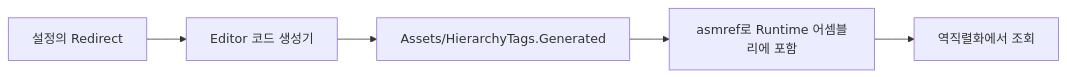
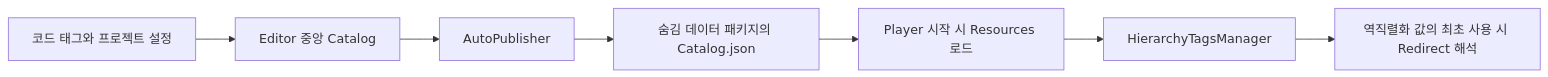
Before and after one commit to ldsldy/HierarchyTag: the third of 3 diagrams in README.md, drawn with Mermaid. The commit also changed other lines of this file and 57 other files, not shown here.

````diff
--- a/README.md
+++ b/README.md
@@ -469,7 +475,9 @@
 ```mermaid
 flowchart LR
-    Settings["설정의 Redirect"] --> Generator["Editor 코드 생성기"]
-    Generator --> Generated["Assets/HierarchyTags.Generated"]
-    Generated --> Assembly["asmref로 Runtime 어셈블리에 포함"]
-    Assembly --> Deserialize["역직렬화에서 조회"]
+    Sources["코드 태그와 프로젝트 설정"] --> Catalog["Editor 중앙 Catalog"]
+    Catalog --> Publisher["AutoPublisher"]
+    Publisher --> Data["숨김 데이터 패키지의 Catalog.json"]
+    Data --> Loader["Player 시작 시 Resources 로드"]
+    Loader --> Manager["HierarchyTagsManager"]
+    Manager --> Deserialize["역직렬화 값의 최초 사용 시 Redirect 해석"]
 ```
````
